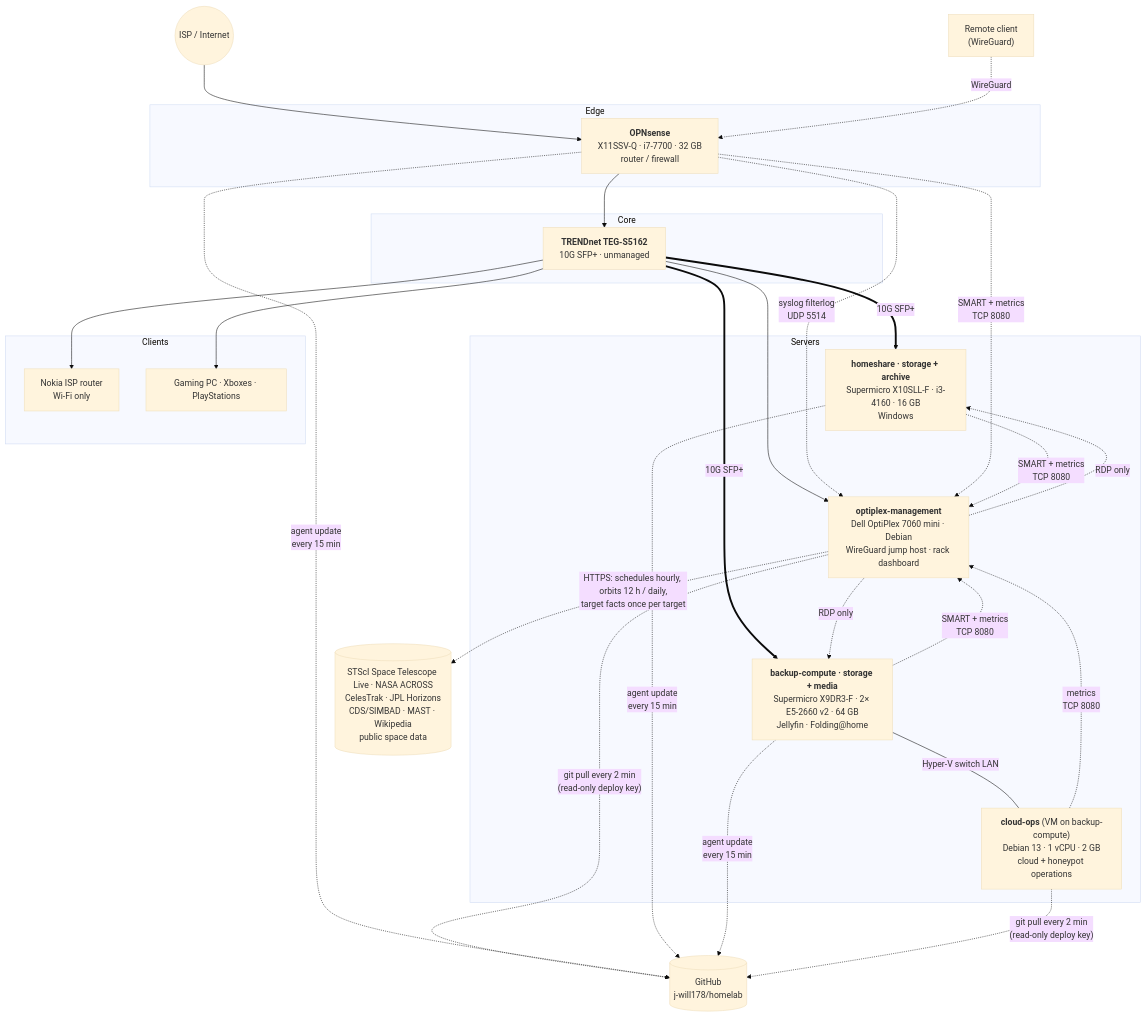
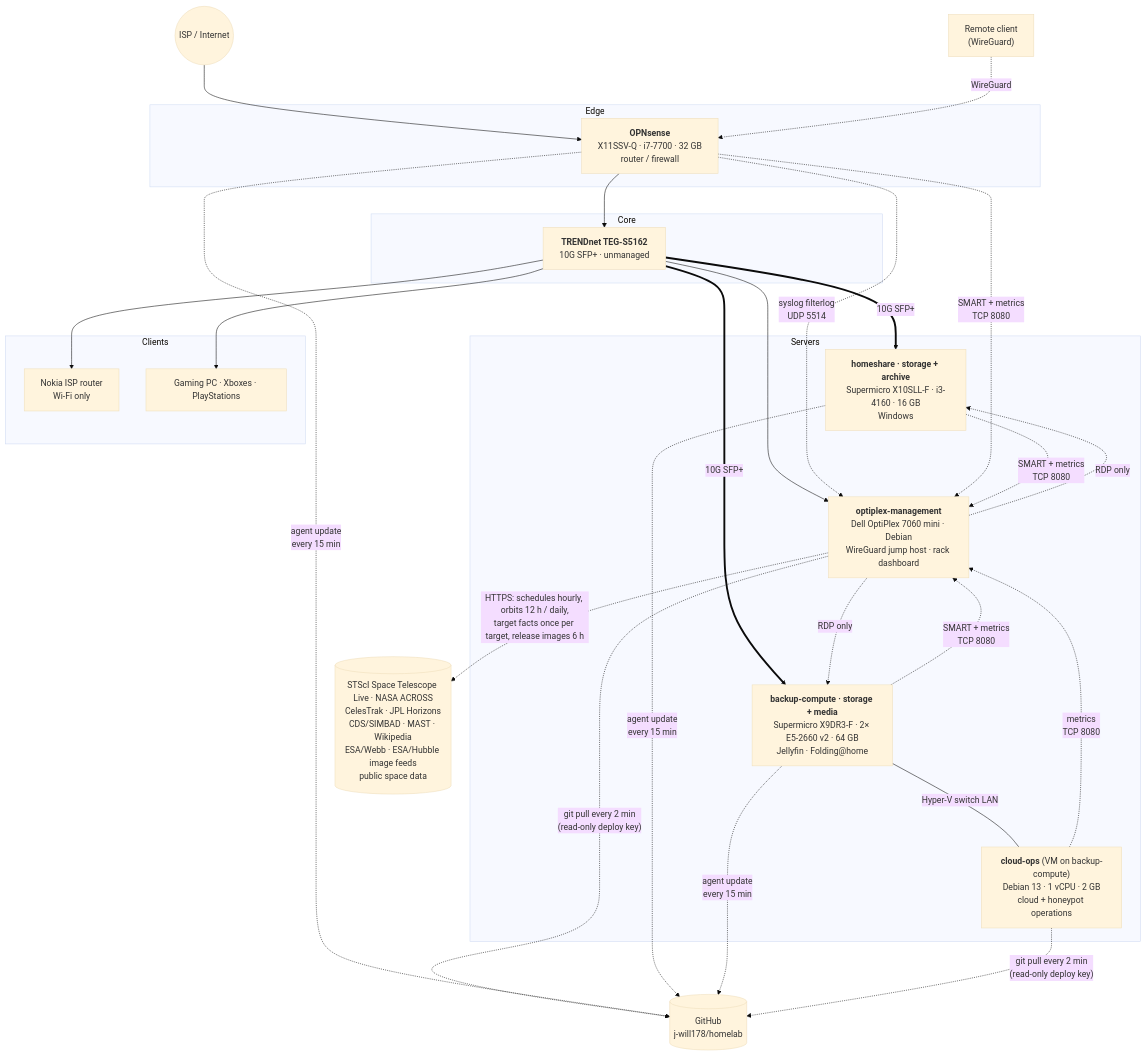
One commit to j-will178/homelab-showcase changed the first of 2 diagrams in docs/topology.md. Above: the diagram before and after it, drawn with Mermaid (base theme). The commit also changed other lines of this file and 19 other files, not shown here.

````diff
--- a/docs/topology.md
+++ b/docs/topology.md
@@ -23,53 +23,53 @@
 ```mermaid
 flowchart TB
     WAN(("ISP / Internet"))
     VPN["Remote client<br/>(WireGuard)"]
 
     subgraph EDGE["Edge"]
         OPN["<b>OPNsense</b><br/>X11SSV-Q · i7-7700 · 32 GB<br/>router / firewall"]
     end
 
     subgraph CORE["Core"]
         SW["<b>TRENDnet TEG-S5162</b><br/>10G SFP+ · unmanaged"]
     end
 
     subgraph SERVERS["Servers"]
         M1["<b>homeshare · storage + archive</b><br/>Supermicro X10SLL-F · i3-4160 · 16 GB<br/>Windows"]
         M2["<b>backup-compute · storage + media</b><br/>Supermicro X9DR3-F · 2× E5-2660 v2 · 64 GB<br/>Jellyfin · Folding@home"]
         OPT["<b>optiplex-management</b><br/>Dell OptiPlex 7060 mini · Debian<br/>WireGuard jump host · rack dashboard"]
         CO["<b>cloud-ops</b> (VM on backup-compute)<br/>Debian 13 · 1 vCPU · 2 GB<br/>cloud + honeypot operations"]
     end
 
     subgraph CLIENTS["Clients"]
         NOKIA["Nokia ISP router<br/>Wi-Fi only"]
         GAME["Gaming PC · Xboxes · PlayStations"]
     end
 
     WAN --> OPN
     VPN -. "WireGuard" .-> OPN
     OPN --> SW
     SW == "10G SFP+" ==> M1
     SW == "10G SFP+" ==> M2
     M2 -- "Hyper-V switch LAN" --- CO
     SW --> OPT
     SW --> NOKIA
     SW --> GAME
 
     OPN -. "syslog filterlog<br/>UDP 5514" .-> OPT
     OPN -. "SMART + metrics<br/>TCP 8080" .-> OPT
     M1 -. "SMART + metrics<br/>TCP 8080" .-> OPT
     M2 -. "SMART + metrics<br/>TCP 8080" .-> OPT
     CO -. "metrics<br/>TCP 8080" .-> OPT
     OPT -. "RDP only" .-> M1
     OPT -. "RDP only" .-> M2
 
     GH[("GitHub<br/>j-will178/homelab")]
     OPT -. "git pull every 2 min<br/>(read-only deploy key)" .-> GH
     OPN -. "agent update<br/>every 15 min" .-> GH
     M1 -. "agent update<br/>every 15 min" .-> GH
     M2 -. "agent update<br/>every 15 min" .-> GH
     CO -. "git pull every 2 min<br/>(read-only deploy key)" .-> GH
 
-    SPACE[("STScI Space Telescope Live · NASA ACROSS<br/>CelesTrak · JPL Horizons<br/>CDS/SIMBAD · MAST · Wikipedia<br/>public space data")]
-    OPT -. "HTTPS: schedules hourly, orbits 12 h / daily,<br/>target facts once per target" .-> SPACE
+    SPACE[("STScI Space Telescope Live · NASA ACROSS<br/>CelesTrak · JPL Horizons<br/>CDS/SIMBAD · MAST · Wikipedia<br/>ESA/Webb · ESA/Hubble image feeds<br/>public space data")]
+    OPT -. "HTTPS: schedules hourly, orbits 12 h / daily,<br/>target facts once per target, release images 6 h" .-> SPACE
 ```
````
